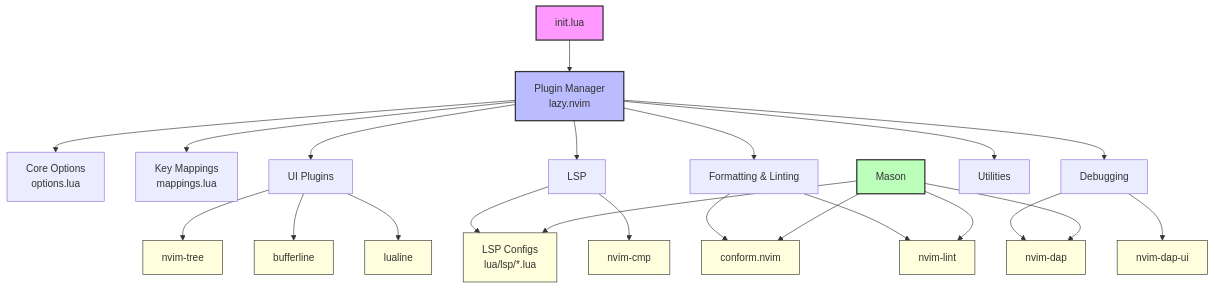
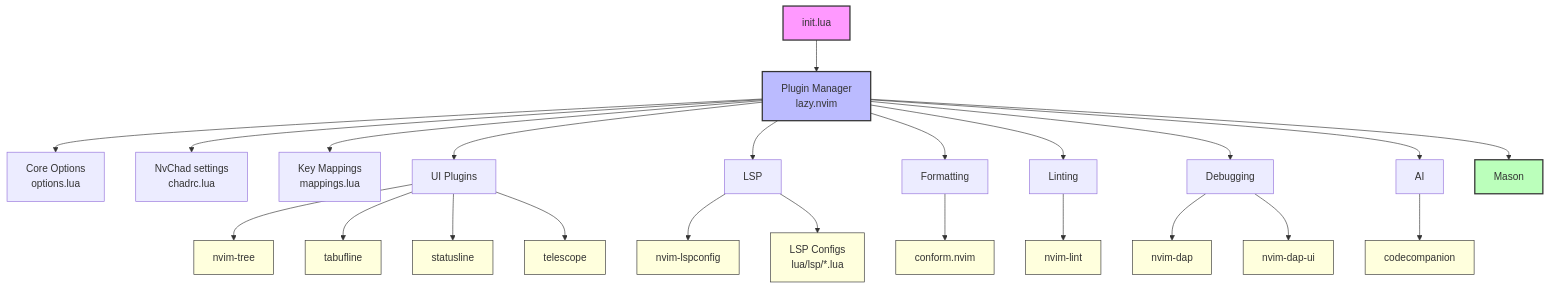
The diagram in _posts/2026-01-01-nvmegachad.md (le4ker/blog), drawn with Mermaid before and after one commit.

Commit message:
update post

````diff
--- a/_posts/2026-01-01-nvmegachad.md
+++ b/_posts/2026-01-01-nvmegachad.md
@@ -74,43 +74,46 @@
 ```mermaid!
 flowchart TD
     A[init.lua] --> B[Plugin Manager<br/>lazy.nvim]
 
     B --> C[Core Options<br/>options.lua]
+    B --> C1[NvChad settings<br/>chadrc.lua]
     B --> D[Key Mappings<br/>mappings.lua]
     B --> E[UI Plugins]
     B --> F[LSP]
-    B --> G[Formatting & Linting]
+    B --> G[Formatting]
+    B --> Q[Linting]
     B --> H[Debugging]
-    B --> I[Utilities]
+    B --> I[AI]
+    B --> P[Mason]
 
     E --> E1[nvim-tree]
-    E --> E2[bufferline]
-    E --> E3[lualine]
+    E --> E2[tabufline]
+    E --> E3[statusline]
+    E --> E4[telescope]
 
+    F --> K[nvim-lspconfig]
     F --> J[LSP Configs<br/>lua/lsp/*.lua]
-    F --> K[nvim-cmp]
 
     G --> L[conform.nvim]
-    G --> M[nvim-lint]
+    Q --> M[nvim-lint]
 
     H --> N[nvim-dap]
     H --> O[nvim-dap-ui]
 
-    P[Mason] --> J
-    P --> L
-    P --> M
-    P --> N
+    I --> I1[codecompanion]
 
     style A fill:#f9f,stroke:#333,stroke-width:2px
     style B fill:#bbf,stroke:#333,stroke-width:2px
     style P fill:#bfb,stroke:#333,stroke-width:2px
     style E1 fill:#ffd,stroke:#333
     style E2 fill:#ffd,stroke:#333
     style E3 fill:#ffd,stroke:#333
+    style E4 fill:#ffd,stroke:#333
     style J fill:#ffd,stroke:#333
     style K fill:#ffd,stroke:#333
     style L fill:#ffd,stroke:#333
     style M fill:#ffd,stroke:#333
     style N fill:#ffd,stroke:#333
     style O fill:#ffd,stroke:#333
+    style I1 fill:#ffd,stroke:#333
 ```
````
